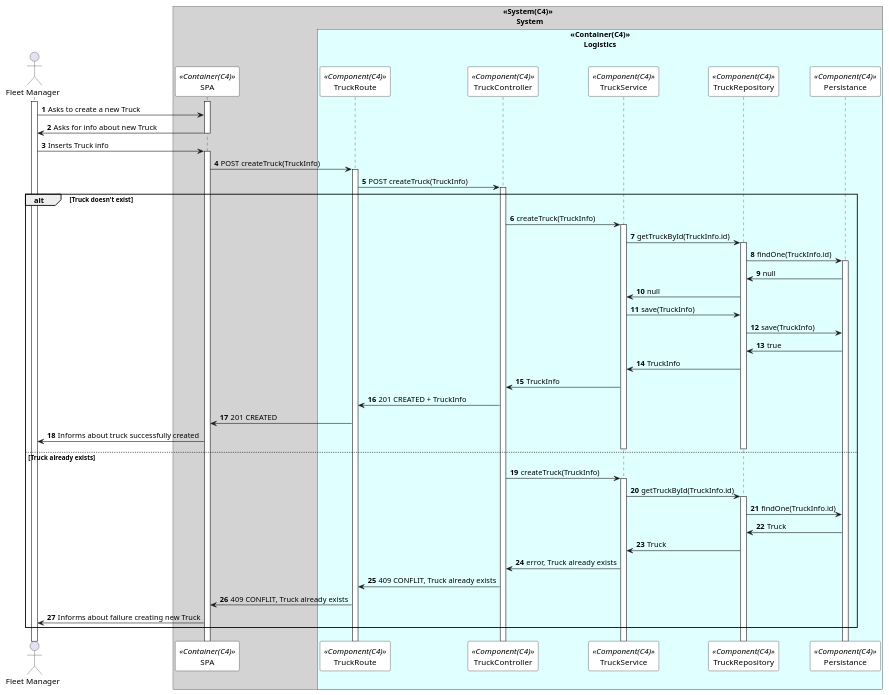
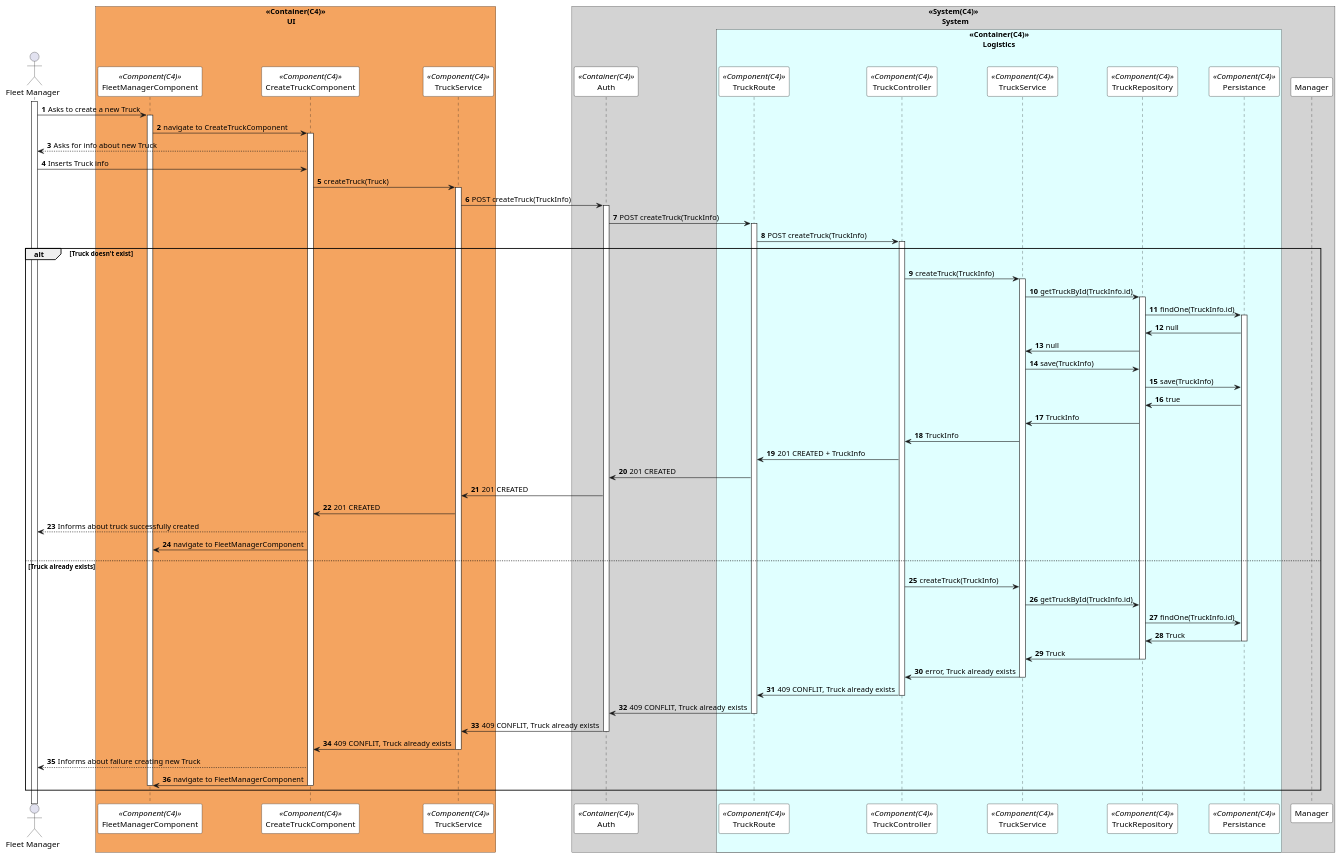
The diagram in Documents/Deployment Diagrams/Level 3 - Component/Process View/Truck/puml/createTruck.puml (0franciscor/dei_3dj_057), drawn with PlantUML before and after one commit. The commit also changed 4 other files, not shown here.

Commit message:
ALL VP SPA #28 CRUD VP Diagrams updated with SPA

```diff
--- a/Documents/Deployment Diagrams/Level 3 - Component/Process View/Truck/puml/createTruck.puml
+++ b/Documents/Deployment Diagrams/Level 3 - Component/Process View/Truck/puml/createTruck.puml
@@ -1,80 +1,109 @@
 @startuml createTruckSD
 
 autonumber
 !pragma teoz true
 
 skinparam sequence {
 ParticipantBorderColor black
 ParticipantBackgroundColor white
 }
 
 actor "Fleet Manager" as manager
 
+box "<<Container(C4)>>\n           UI" #SandyBrown
+participant "FleetManagerComponent" as FleetManagerComponent <<Component(C4)>>
+participant "CreateTruckComponent" as CreateTruckComponent <<Component(C4)>>
+participant "TruckService" as TruckService <<Component(C4)>>
+end box
+
 box "<<System(C4)>>\n       System" #LightGray
-participant SPA as  SPA <<Container(C4)>>
+participant Auth as  Auth <<Container(C4)>>
 box "<<Container(C4)>>\n       Logistics" #LightCyan
 participant TruckRoute as Route <<Component(C4)>>
 participant TruckController as Controller <<Component(C4)>>
 participant TruckService as Service <<Component(C4)>>
 participant TruckRepository as Repository <<Component(C4)>>
 participant Persistance as Persistance <<Component(C4)>>
 end box
 
 
 
 activate manager
-activate SPA
-manager -> SPA: Asks to create a new Truck
 
-SPA -> manager: Asks for info about new Truck
-deactivate SPA
+manager -> FleetManagerComponent: Asks to create a new Truck
+activate FleetManagerComponent
+FleetManagerComponent -> CreateTruckComponent: navigate to CreateTruckComponent
+activate CreateTruckComponent
+CreateTruckComponent --> manager: Asks for info about new Truck
 
-manager ->SPA: Inserts Truck info
-activate SPA
+manager ->CreateTruckComponent: Inserts Truck info
 
-SPA -> Route: POST createTruck(TruckInfo)
+CreateTruckComponent -> TruckService: createTruck(Truck)
+activate TruckService
+TruckService -> Auth: POST createTruck(TruckInfo)
+
+activate Auth
+
+Auth -> Route: POST createTruck(TruckInfo)
 activate Route
 Route -> Controller :POST createTruck(TruckInfo)
 activate Controller
 
 alt Truck doesn't exist 
 
 Controller -> Service: createTruck(TruckInfo)
 activate Service
 
 Service -> Repository: getTruckById(TruckInfo.id)
 activate Repository
 
 Repository -> Persistance: findOne(TruckInfo.id)
 activate Persistance
 Persistance -> Repository: null
 Repository->Service: null
 
 Service -> Repository: save(TruckInfo)
 Repository -> Persistance:save(TruckInfo)
 Persistance->Repository: true
 Repository->Service: TruckInfo
 Service->Controller: TruckInfo
 Controller->Route: 201 CREATED + TruckInfo
-Route->SPA: 201 CREATED
-SPA->manager: Informs about truck successfully created
-deactivate Service
-deactivate Repository
+Route->Auth: 201 CREATED
+Auth->TruckService: 201 CREATED
+TruckService->CreateTruckComponent: 201 CREATED
+
+CreateTruckComponent-->manager: Informs about truck successfully created
+CreateTruckComponent->FleetManagerComponent: navigate to FleetManagerComponent
+
+
 
 else Truck already exists
 
 Controller -> Service: createTruck(TruckInfo)
-activate Service
+
 
 Service -> Repository: getTruckById(TruckInfo.id)
-activate Repository
+
 
 Repository -> Persistance: findOne(TruckInfo.id)
 Persistance-> Repository: Truck
+deactivate Persistance
 Repository->Service: Truck
+deactivate Repository
 Service->Controller: error, Truck already exists
+deactivate Service
 Controller->Route: 409 CONFLIT, Truck already exists
-Route->SPA: 409 CONFLIT, Truck already exists
-SPA->manager: Informs about failure creating new Truck
+deactivate Controller
+Route->Auth: 409 CONFLIT, Truck already exists
+deactivate Route
+Auth->TruckService: 409 CONFLIT, Truck already exists
+deactivate Auth
 
+TruckService->CreateTruckComponent: 409 CONFLIT, Truck already exists
+deactivate TruckService
+CreateTruckComponent-->manager: Informs about failure creating new Truck
+CreateTruckComponent->FleetManagerComponent: navigate to FleetManagerComponent
+deactivate FleetManagerComponent
+deactivate CreateTruckComponent
+deactivate Manager
 @enduml
```
